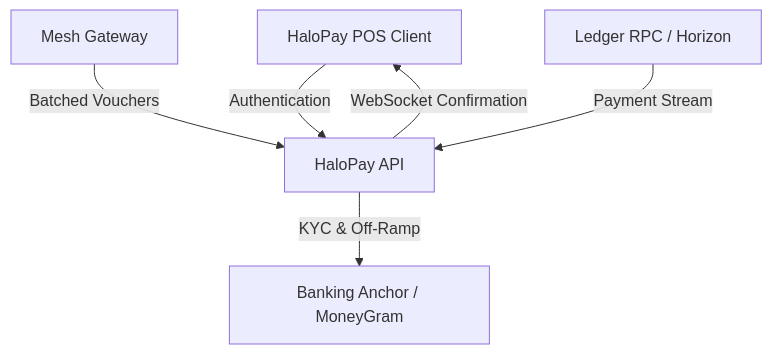
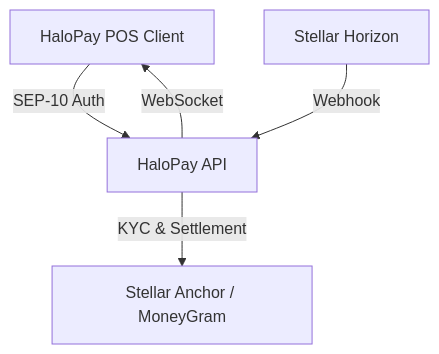
One commit to HaloPaye/halopay-api changed the diagram in README.md. Above: the diagram before and after it, drawn with Mermaid. The commit also changed other lines of this file, not shown here.

First line of the commit message:
docs(readme): restore comprehensive architecture details and position stellar integration lower in doc (#154)

````diff
--- a/README.md
+++ b/README.md
@@ -22,8 +26,7 @@
 ```mermaid
 graph TD
-  Client[HaloPay POS Client] -->|Authentication| API[HaloPay API]
-  Relay[Mesh Gateway] -->|Batched Vouchers| API
-  API -->|KYC & Off-Ramp| Anchor[Banking Anchor / MoneyGram]
-  Horizon[Ledger RPC / Horizon] -->|Payment Stream| API
-  API -->|WebSocket Confirmation| Client
+  Client[HaloPay POS Client] -->|SEP-10 Auth| API[HaloPay API]
+  API -->|KYC & Settlement| Anchor[Stellar Anchor / MoneyGram]
+  Horizon[Stellar Horizon] -->|Webhook| API
+  API -->|WebSocket| Client
 ```
````
